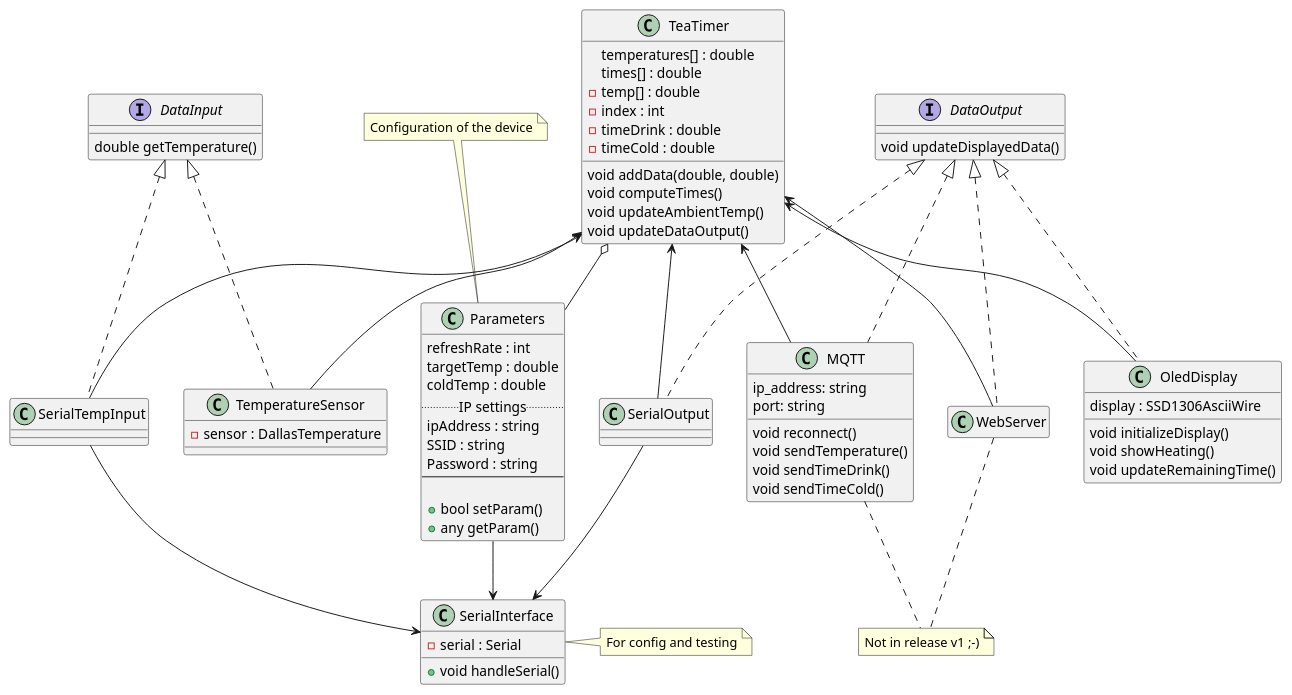
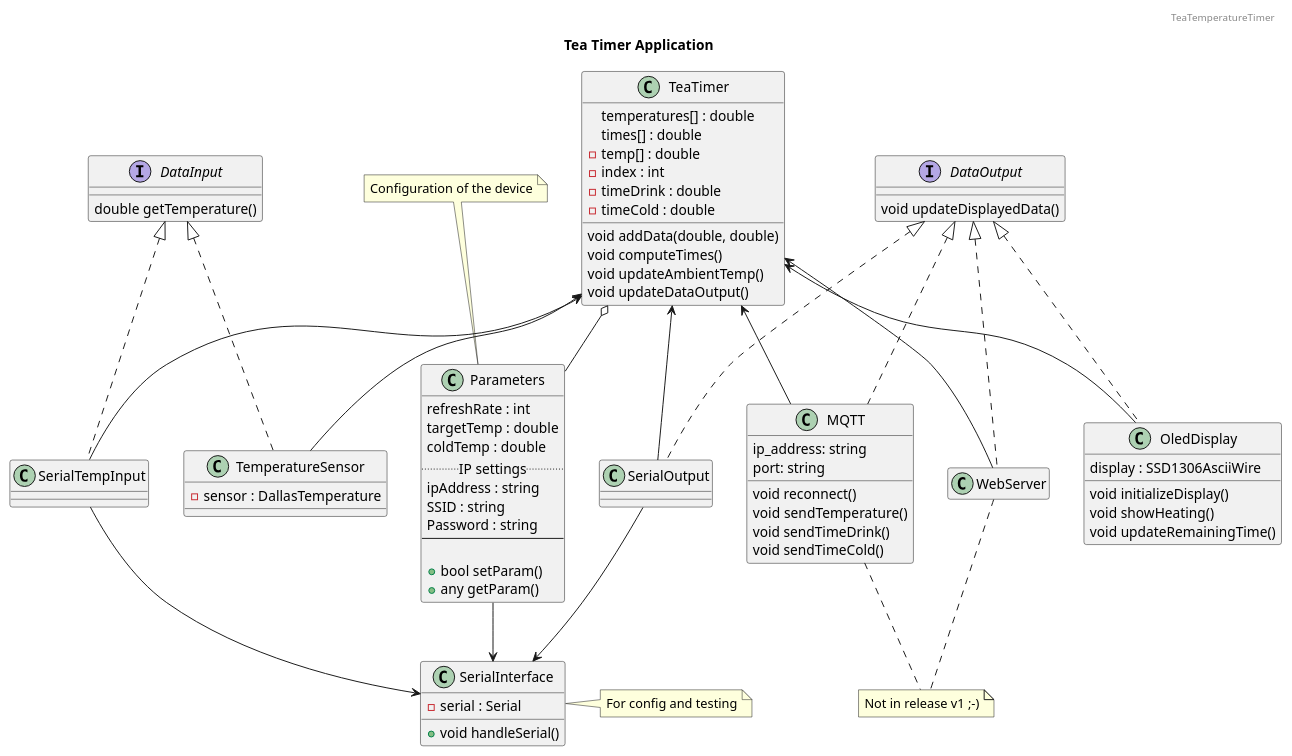
Before and after one commit to WolfmannxD/Tee-Thermometer: the second of 3 diagrams in Modelling/TeeTempearturTimer.plantuml, drawn with PlantUML. The commit also changed other lines of this file and 6 other files, not shown here.

Commit message:
updated UML diagrams

```diff
--- a/Modelling/TeeTempearturTimer.plantuml
+++ b/Modelling/TeeTempearturTimer.plantuml
@@ -23,106 +22,108 @@
-@startuml "Tea Time Application"
+@startuml Tea Timer Application
+header TeaTemperatureTimer
+title Tea Timer Application
 
 class OledDisplay {
     display : SSD1306AsciiWire
     
     void initializeDisplay()
     void showHeating()
     void updateRemainingTime()
 }
 
 class TemperatureSensor {
     - sensor : DallasTemperature
 }
 
 class SerialTempInput {
 }
 
 class SerialInterface {
     - serial : Serial
 
     + void handleSerial()
 }
 
 class TeaTimer {
     temperatures[] : double
     times[] : double
     - temp[] : double
     - index : int
     - timeDrink : double
     - timeCold : double
 
     void addData(double, double)
     void computeTimes()
     void updateAmbientTemp()
     void updateDataOutput()
 }
 
 class WebServer {
 
 }
 hide WebServer members
 
 class MQTT {
     ip_address: string
     port: string
     void reconnect()
     void sendTemperature()
     void sendTimeDrink()
     void sendTimeCold()
 }
 
 class SerialOutput {
 
 }
 
 class Parameters {
     refreshRate : int
     targetTemp : double
     coldTemp : double
     .. IP settings ..
     ipAddress : string
     SSID : string
     Password : string
     --
     
     + bool setParam()
     + any getParam()
 }
 
 interface DataOutput {
     void updateDisplayedData()
 }
 
 interface DataInput {
     double getTemperature()
 }
 
 
 TeaTimer <-- TemperatureSensor
 TeaTimer <-- SerialTempInput
 DataInput <|.. TemperatureSensor
 DataInput <|.. SerialTempInput
 DataOutput <|.. OledDisplay
 DataOutput <|.. WebServer
 DataOutput <|.. MQTT
 DataOutput <|.. SerialOutput
 TeaTimer <-- OledDisplay
 TeaTimer <-- WebServer
 TeaTimer <-- MQTT
 TeaTimer <-- SerialOutput
 TeaTimer o-- Parameters
 
 SerialOutput --> SerialInterface
 SerialTempInput --> SerialInterface
 Parameters --> SerialInterface
 
 note "Not in release v1 ;-)" as not_now_note
 WebServer .. not_now_note
 MQTT .. not_now_note
 
 note "Configuration of the device" as config_note
 config_note .. Parameters
 
 note right of SerialInterface: For config and testing
 
 @enduml
```
